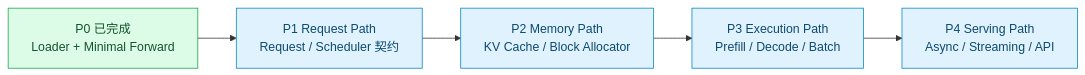
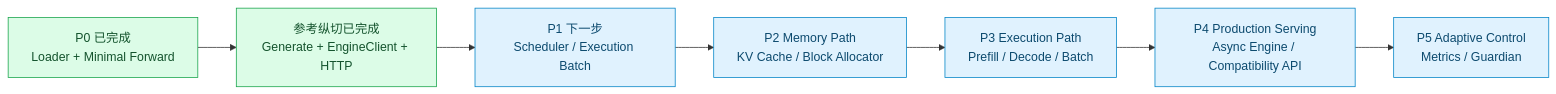
Before and after one commit to poorpaper/light-vllm: the sixth of 10 diagrams in docs/design.md, drawn with Mermaid. The commit also changed other lines of this file and 17 other files, not shown here.

Commit message:
feat: add layered HTTP generation serving

````diff
--- a/docs/design.md
+++ b/docs/design.md
@@ -221,12 +257,14 @@
 ```mermaid
 flowchart LR
-    P0["P0 已完成<br/>Loader + Minimal Forward"] --> P1["P1 Request Path<br/>Request / Scheduler 契约"]
+    P0["P0 已完成<br/>Loader + Minimal Forward"] --> Slice["参考纵切已完成<br/>Generate + EngineClient + HTTP"]
+    Slice --> P1["P1 下一步<br/>Scheduler / Execution Batch"]
     P1 --> P2["P2 Memory Path<br/>KV Cache / Block Allocator"]
     P2 --> P3["P3 Execution Path<br/>Prefill / Decode / Batch"]
-    P3 --> P4["P4 Serving Path<br/>Async / Streaming / API"]
+    P3 --> P4["P4 Production Serving<br/>Async Engine / Compatibility API"]
+    P4 --> P5["P5 Adaptive Control<br/>Metrics / Guardian"]
 
     classDef done fill:#dcfce7,stroke:#16a34a,color:#14532d;
     classDef next fill:#e0f2fe,stroke:#0284c7,color:#0c4a6e;
-    class P0 done;
-    class P1,P2,P3,P4 next;
+    class P0,Slice done;
+    class P1,P2,P3,P4,P5 next;
 ```
````
